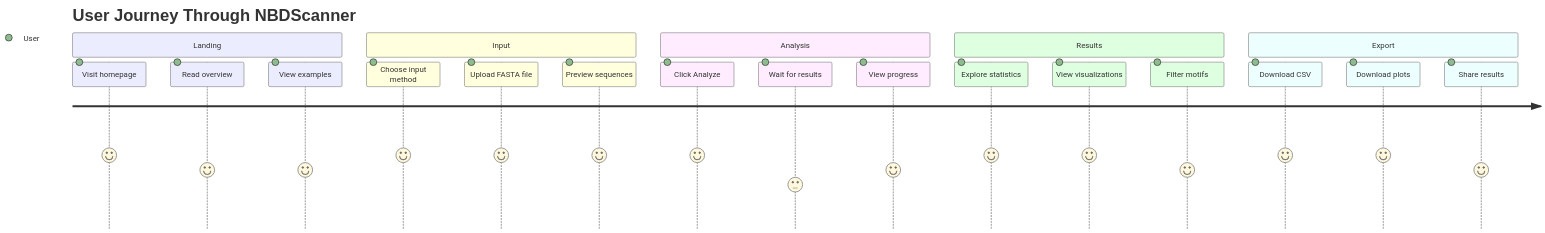
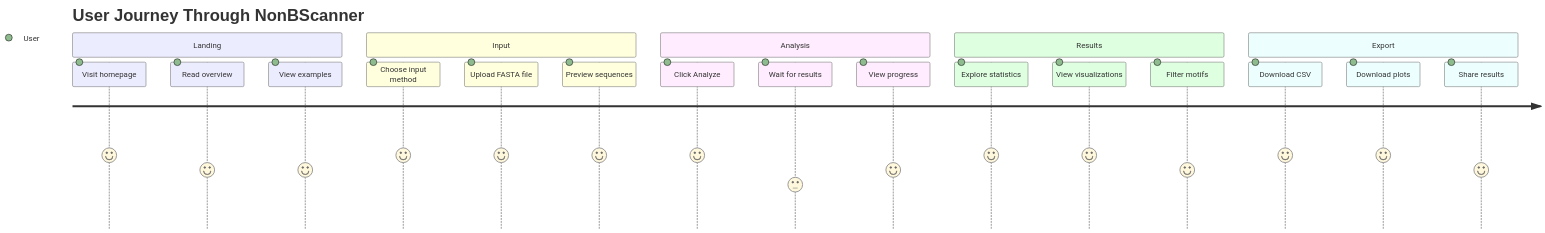
Before and after one commit to VRYella/NonBScanner: diagram 13 of 20 in VISUAL_FLOWCHARTS.md, drawn with Mermaid. The commit also changed other lines of this file and 3 other files, not shown here.

Commit message:
Fix naming consistency: NBDFinder → NonBScanner, standardize email addresses

````diff
--- a/VISUAL_FLOWCHARTS.md
+++ b/VISUAL_FLOWCHARTS.md
@@ -496,24 +496,24 @@
 ```mermaid
 journey
-    title User Journey Through NBDScanner
+    title User Journey Through NonBScanner
     section Landing
       Visit homepage: 5: User
       Read overview: 4: User
       View examples: 4: User
     section Input
       Choose input method: 5: User
       Upload FASTA file: 5: User
       Preview sequences: 5: User
     section Analysis
       Click Analyze: 5: User
       Wait for results: 3: User
       View progress: 4: User
     section Results
       Explore statistics: 5: User
       View visualizations: 5: User
       Filter motifs: 4: User
     section Export
       Download CSV: 5: User
       Download plots: 5: User
       Share results: 4: User
 ```
````
